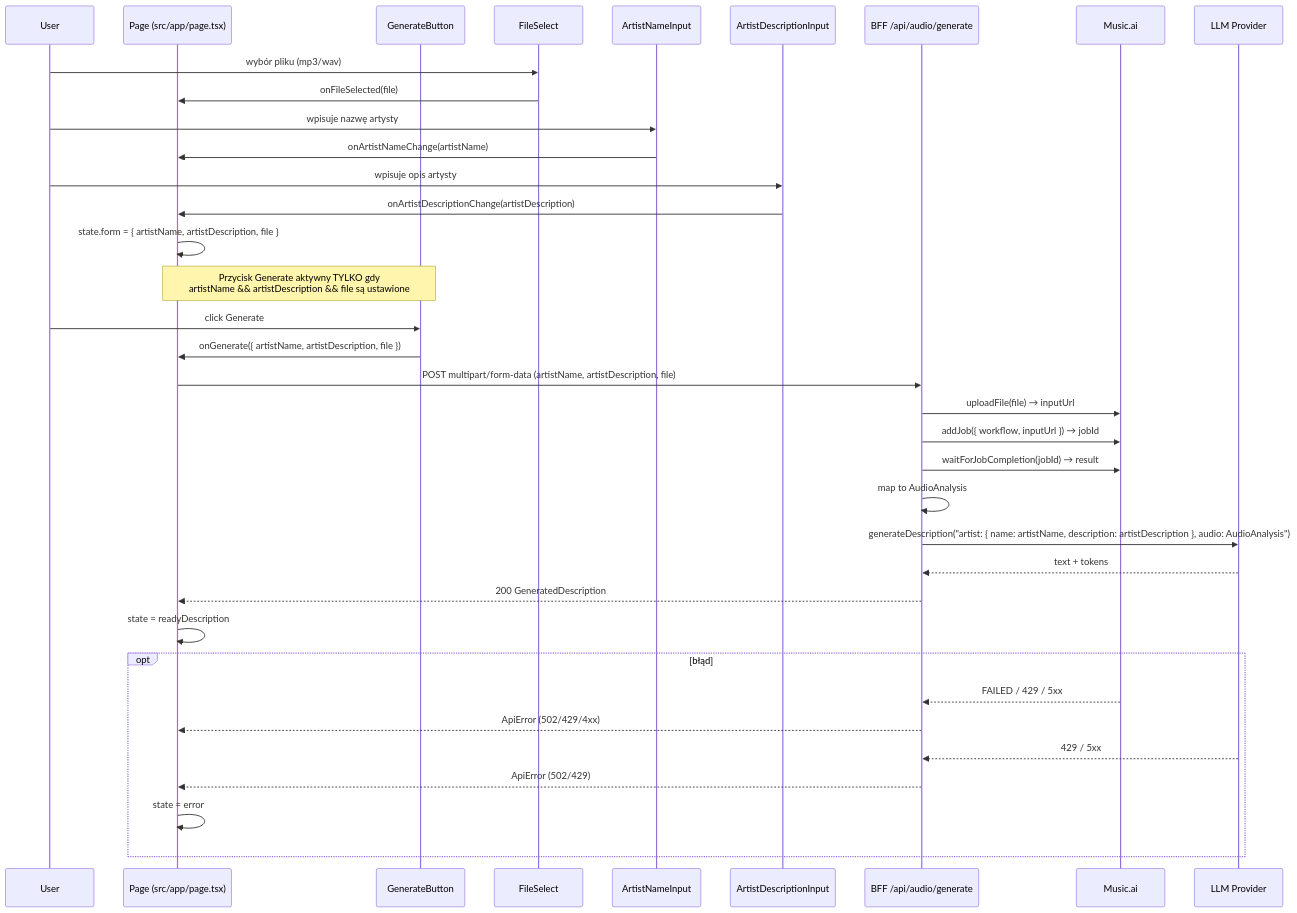
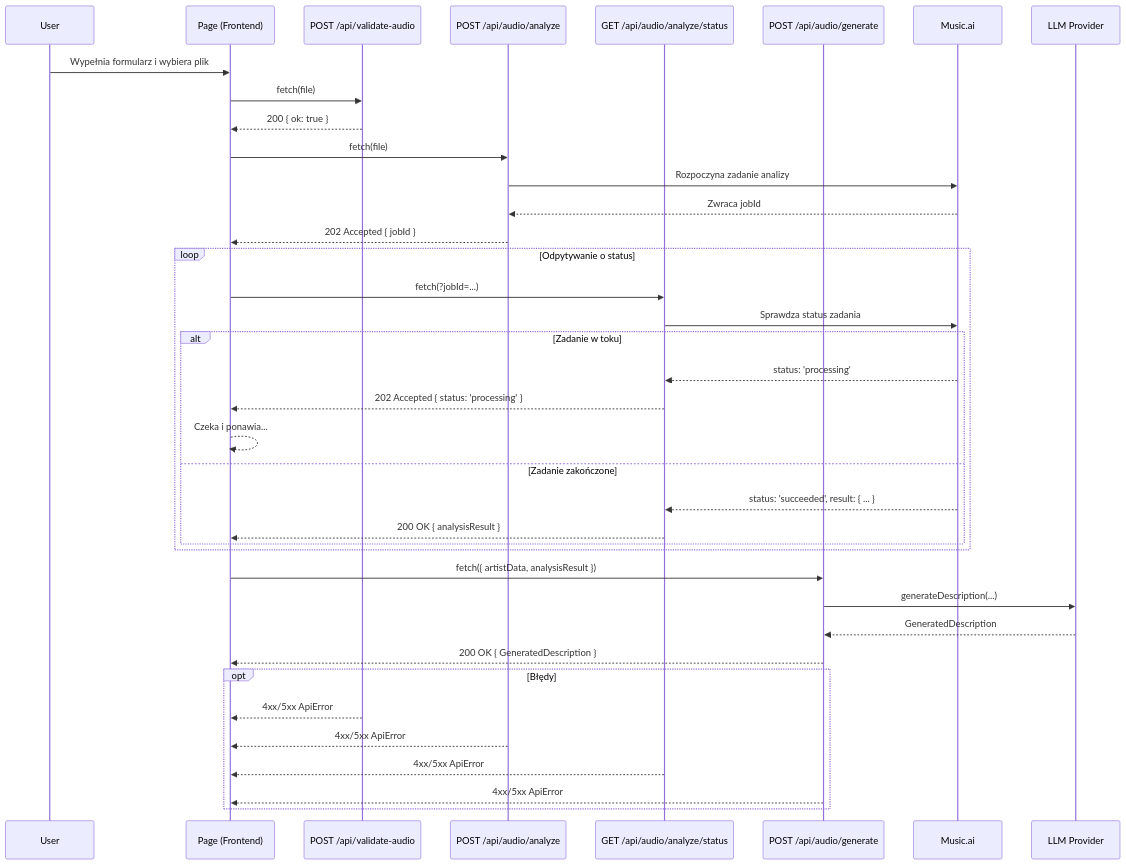
The first of 2 diagrams in docs/architecture/8-core-workflows-mermaid-sequence.md (RafalWojciechRolsky/artist-amplifier), drawn with Mermaid before and after one commit. The commit also changed other lines of this file and 8 other files, not shown here.

Commit message:
docs: convert synchronous API to asynchronous workflow with polling

````diff
--- a/docs/architecture/8-core-workflows-mermaid-sequence.md
+++ b/docs/architecture/8-core-workflows-mermaid-sequence.md
@@ -5,49 +5,45 @@
 ```mermaid
 sequenceDiagram
-  participant U as User
-  participant P as Page (src/app/page.tsx)
-  participant G as GenerateButton
-  participant FU as FileSelect
-  participant AN as ArtistNameInput
-  participant AD as ArtistDescriptionInput
-  participant API as BFF /api/audio/generate
-  participant MAI as Music.ai
-  participant LLM as LLM Provider
+    participant U as User
+    participant P as Page (Frontend)
+    participant Validate as POST /api/validate-audio
+    participant Analyze as POST /api/audio/analyze
+    participant Status as GET /api/audio/analyze/status
+    participant Generate as POST /api/audio/generate
+    participant MAI as Music.ai
+    participant LLM as LLM Provider
 
-  U->>FU: wybór pliku (mp3/wav)
-  FU->>P: onFileSelected(file)
+    U->>P: Wypełnia formularz i wybiera plik
+    P->>Validate: fetch(file)
+    Validate-->>P: 200 { ok: true }
 
-  U->>AN: wpisuje nazwę artysty
-  AN->>P: onArtistNameChange(artistName)
+    P->>Analyze: fetch(file)
+    Analyze->>MAI: Rozpoczyna zadanie analizy
+    MAI-->>Analyze: Zwraca jobId
+    Analyze-->>P: 202 Accepted { jobId }
 
-  U->>AD: wpisuje opis artysty
-  AD->>P: onArtistDescriptionChange(artistDescription)
+    loop Odpytywanie o status
+        P->>Status: fetch(?jobId=...)
+        Status->>MAI: Sprawdza status zadania
+        alt Zadanie w toku
+            MAI-->>Status: status: 'processing'
+            Status-->>P: 202 Accepted { status: 'processing' }
+            P-->>P: Czeka i ponawia...
+        else Zadanie zakończone
+            MAI-->>Status: status: 'succeeded', result: { ... }
+            Status-->>P: 200 OK { analysisResult }
+        end
+    end
 
-  P->>P: state.form = { artistName, artistDescription, file }
+    P->>Generate: fetch({ artistData, analysisResult })
+    Generate->>LLM: generateDescription(...)
+    LLM-->>Generate: GeneratedDescription
+    Generate-->>P: 200 OK { GeneratedDescription }
 
-  Note over P,G: Przycisk Generate aktywny TYLKO gdy<br/>artistName && artistDescription && file są ustawione
-
-  U->>G: click Generate
-  G->>P: onGenerate({ artistName, artistDescription, file })
-
-  P->>API: POST multipart/form-data (artistName, artistDescription, file)
-
-  API->>MAI: uploadFile(file) → inputUrl
-  API->>MAI: addJob({ workflow, inputUrl }) → jobId
-  API->>MAI: waitForJobCompletion(jobId) → result
-  API->>API: map to AudioAnalysis
-
-  API->>LLM: generateDescription("artist: { name: artistName, description: artistDescription }, audio: AudioAnalysis")
-  LLM-->>API: text + tokens
-
-  API-->>P: 200 GeneratedDescription
-  P->>P: state = readyDescription
-
-  opt błąd
-    MAI-->>API: FAILED / 429 / 5xx
-    API-->>P: ApiError (502/429/4xx)
-    LLM-->>API: 429 / 5xx
-    API-->>P: ApiError (502/429)
-    P->>P: state = error
-  end
+    opt Błędy
+        Validate-->>P: 4xx/5xx ApiError
+        Analyze-->>P: 4xx/5xx ApiError
+        Status-->>P: 4xx/5xx ApiError
+        Generate-->>P: 4xx/5xx ApiError
+    end
 ```
````
